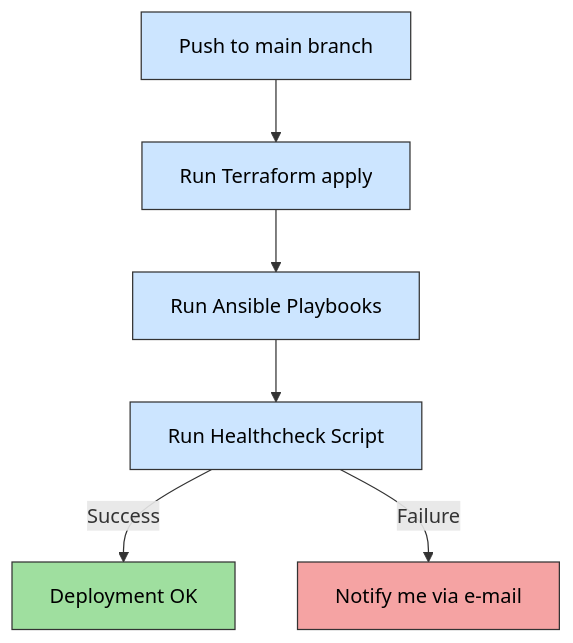
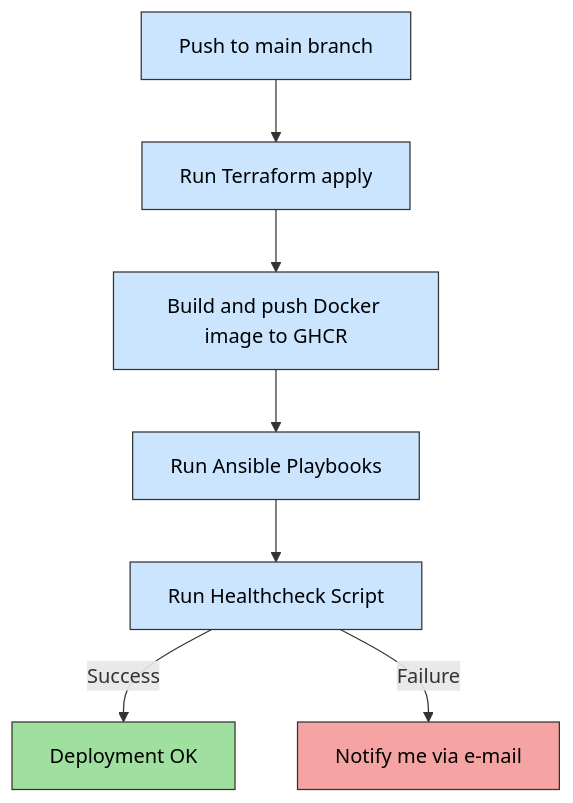
One commit to hkarol-10/PROD-portfolio-devops-project changed the diagram in README.md. Above: the diagram before and after it, drawn with Mermaid. The commit also changed other lines of this file and 22 other files, not shown here.

Commit message:
PROD: Ansiblew flow + workflows improvements

````diff
--- a/README.md
+++ b/README.md
@@ -63,15 +71,17 @@
 ```mermaid
 flowchart TD
     A[Push to main branch] --> B[Run Terraform apply]
-    B --> C[Run Ansible Playbooks]
-    C --> D[Run Healthcheck Script]
-    D -->|Success| E[Deployment OK]
-    D -->|Failure| F[Notify me via e-mail]
+    B --> C[Build and push Docker image to GHCR]
+    C --> D[Run Ansible Playbooks]
+    D --> E[Run Healthcheck Script]
+    E -->|Success| F[Deployment OK]
+    E -->|Failure| G[Notify me via e-mail]
 
     style A fill:#cce5ff,stroke:#333,stroke-width:1px,color:#000
     style B fill:#cce5ff,stroke:#333,stroke-width:1px,color:#000
     style C fill:#cce5ff,stroke:#333,stroke-width:1px,color:#000
     style D fill:#cce5ff,stroke:#333,stroke-width:1px,color:#000
-    style E fill:#9fdf9f,stroke:#333,stroke-width:1px,color:#000
-    style F fill:#f5a3a3,stroke:#333,stroke-width:1px,color:#000
+    style E fill:#cce5ff,stroke:#333,stroke-width:1px,color:#000
+    style F fill:#9fdf9f,stroke:#333,stroke-width:1px,color:#000
+    style G fill:#f5a3a3,stroke:#333,stroke-width:1px,color:#000
 ```
````
